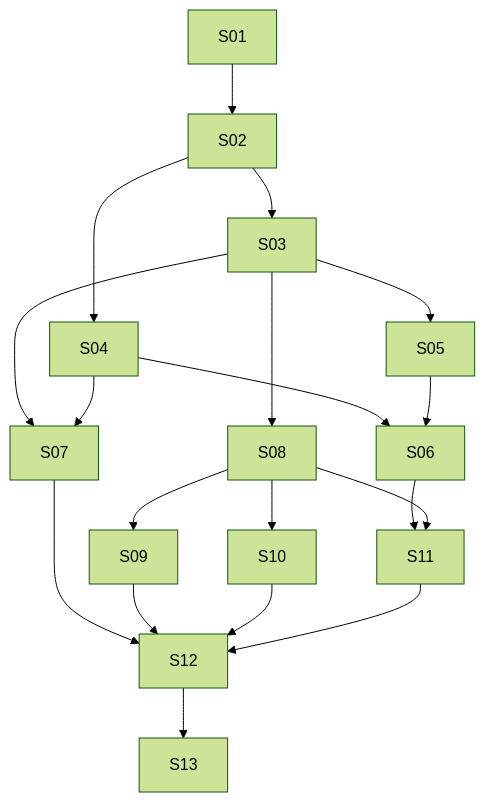
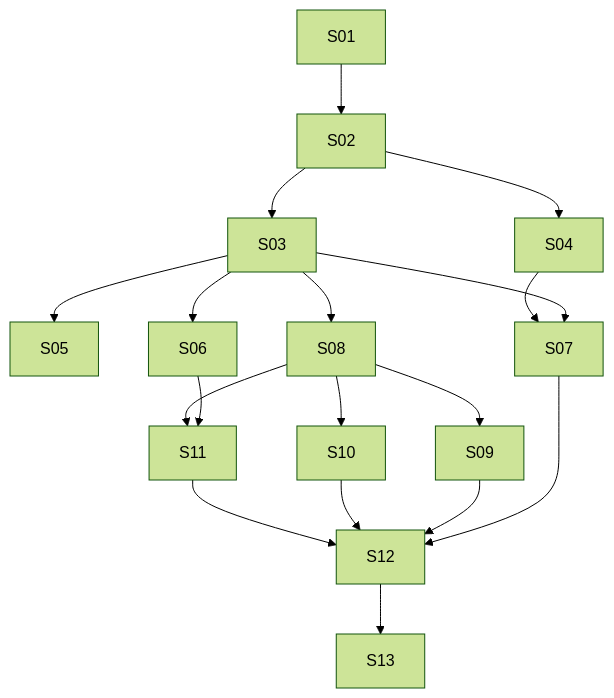
One commit to ProjectViVy/laputa changed the diagram in docs/superpowers/plans/garden-standalone-v1/index.md. Above: the diagram before and after it, drawn with Mermaid (forest theme). The commit also changed other lines of this file and 2 other files, not shown here.

````diff
--- a/docs/superpowers/plans/garden-standalone-v1/index.md
+++ b/docs/superpowers/plans/garden-standalone-v1/index.md
@@ -43,21 +53,20 @@
 ```mermaid
 flowchart TD
   S01 --> S02
   S02 --> S03
   S02 --> S04
   S03 --> S05
-  S04 --> S06
-  S05 --> S06
+  S03 --> S06
   S03 --> S07
   S04 --> S07
   S03 --> S08
   S08 --> S09
   S08 --> S10
   S06 --> S11
   S08 --> S11
   S07 --> S12
   S09 --> S12
   S10 --> S12
   S11 --> S12
   S12 --> S13
 ```
````
